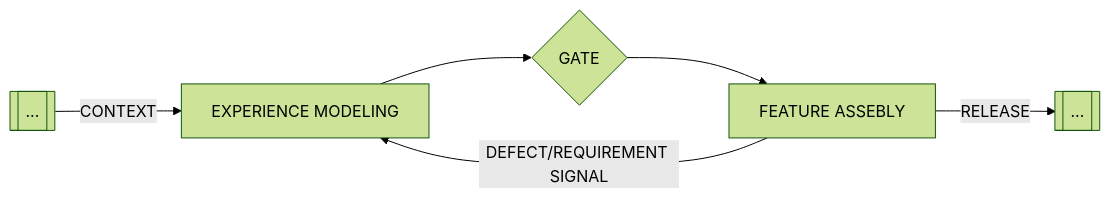
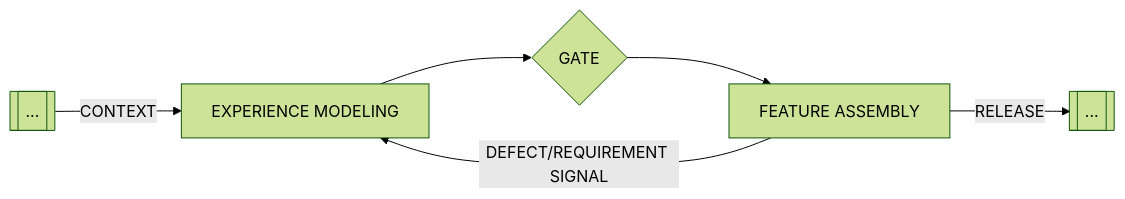
Before and after one commit to villetakanen/asdlc-io: the diagram in src/content/concepts/experience-modeling.md, drawn with Mermaid (forest theme). The commit also changed other lines of this file and 2 other files, not shown here.

````diff
--- a/src/content/concepts/experience-modeling.md
+++ b/src/content/concepts/experience-modeling.md
@@ -24,11 +25,11 @@
 ```mermaid
-%% caption: Context Gating for Desing System Integrity
+%% caption: Context Gating for Design System Integrity
 flowchart LR
   A[[...]] --> |CONTEXT| C
   C[EXPERIENCE MODELING] --> D
   D{GATE} --> E
-  E[FEATURE ASSEBLY]
+  E[FEATURE ASSEMBLY]
     E --> |DEFECT/REQUIREMENT SIGNAL| C
     E --> |RELEASE| G
   G[[...]]
 ```
````
